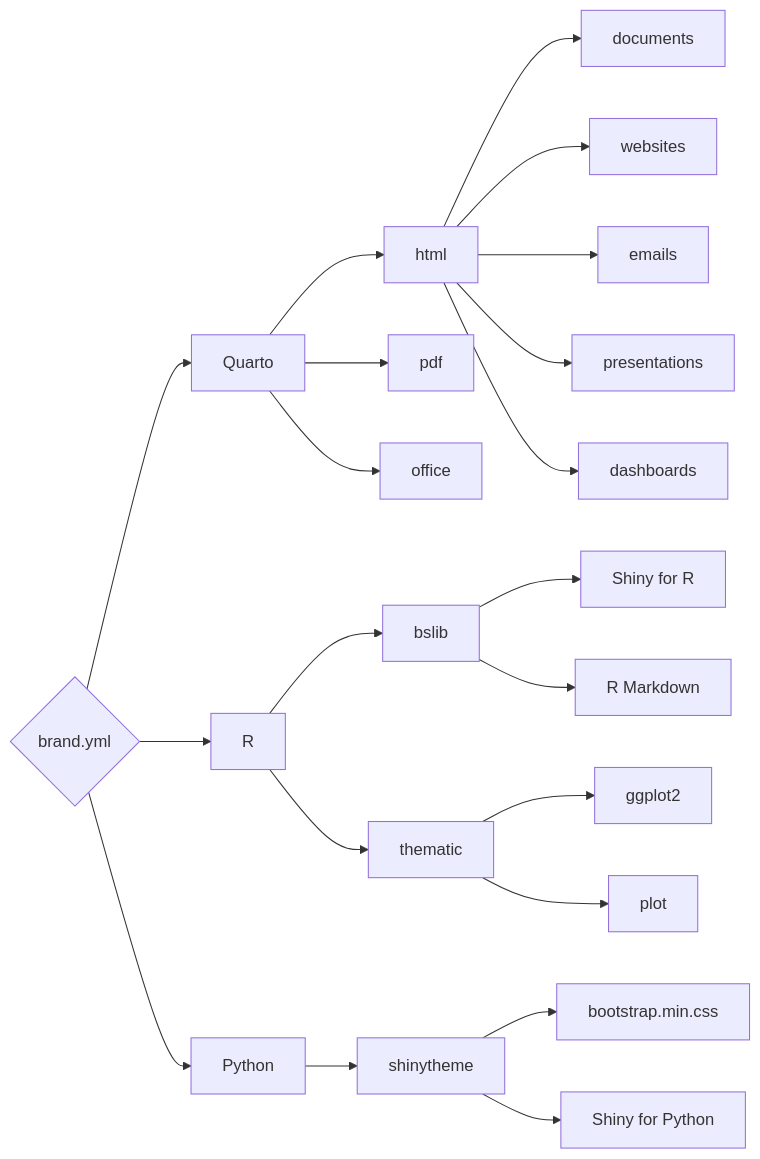
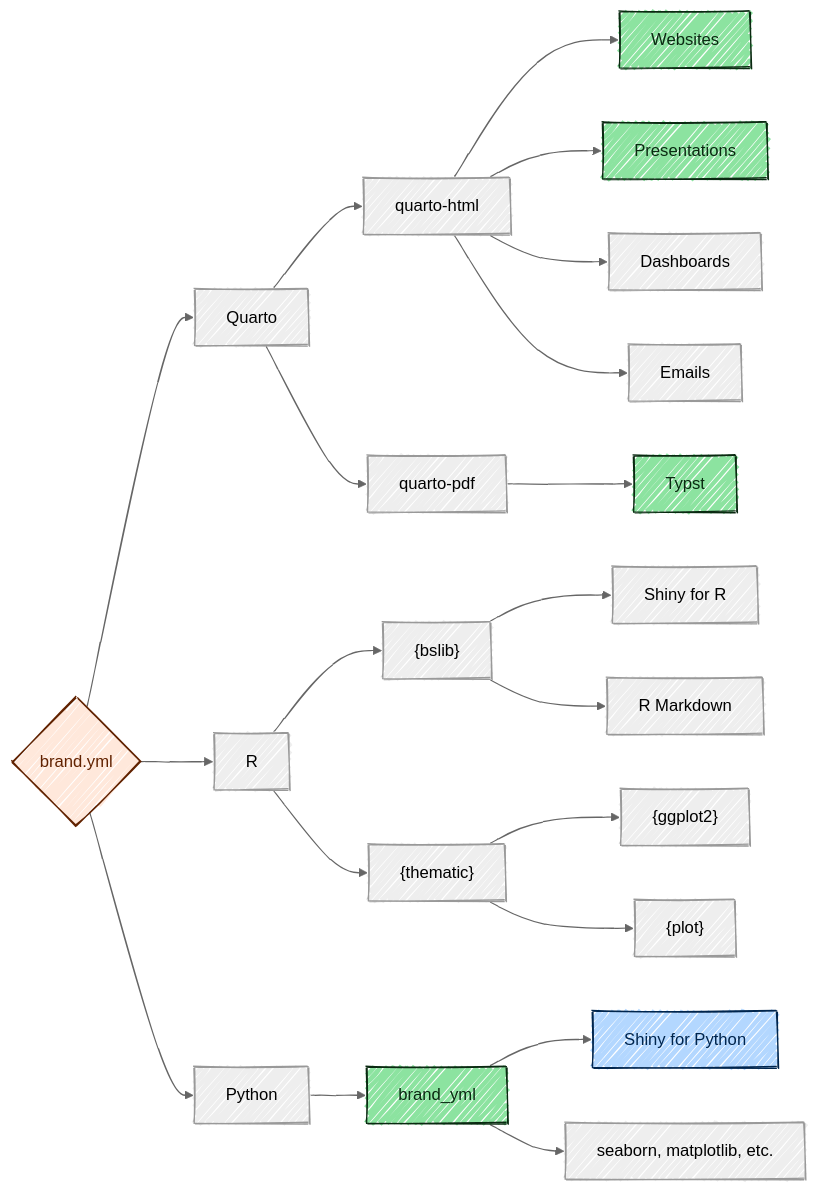
The diagram in docs/index.qmd (posit-dev/brand-yml), drawn with Mermaid before and after one commit. The commit also changed other lines of this file and 51 other files, not shown here.

````diff
--- a/docs/index.qmd
+++ b/docs/index.qmd
@@ -16,26 +26,49 @@
 ```{mermaid}
+---
+config:
+  look: handDrawn
+  theme: neutral
+---
 flowchart LR
     by{brand.yml}
-    by-->Quarto
-    Quarto-->html
-    Quarto-->pdf
-    Quarto-->office
-    html-->documents
-    html-->websites
-    html-->emails
-    html-->presentations
-    html-->dashboards
+    by-->quarto[Quarto]
+    quarto-->quarto-html
+    quarto-->quarto-pdf
+    quarto-html-->quarto-websites[Websites]
+    quarto-html-->quarto-presentations[Presentations]
+    quarto-html-->quarto-dashboards[Dashboards]
+    quarto-html-->quarto-emails[Emails]
+    quarto-pdf-->quarto-typst[Typst]
 
     by-->R
-    R-->bslib
-    R-->thematic
-    bslib-->shiny-r[Shiny for R]
-    bslib-->rmd[R Markdown]
-    thematic-->ggplot2
-    thematic-->plot
+    R-->r-bslib["{bslib}"]
+    R-->r-thematic["{thematic}"]
+    r-bslib-->r-shiny["Shiny for R"]
+    r-bslib-->r-rmd["R Markdown"]
+    r-thematic-->r-ggplot2["{ggplot2}"]
+    r-thematic-->r-plot["{plot}"]
 
     by-->Python
-    Python-->shinytheme
-    shinytheme-->bs[bootstrap.min.css]
-    shinytheme-->py[Shiny for Python]
+    Python-->py-brand_yml["brand_yml"]
+    py-brand_yml-->py-shiny[Shiny for Python]
+    py-brand_yml-->py-seaborn[seaborn, matplotlib, etc.]
+
+    classDef implemented fill:#8CE3A0,stroke:#0A2911,color:#0A2911;
+    class quarto-websites,quarto-presentations,quarto-typst,py-brand_yml implemented;
+    classDef in-progress fill:#B3D7FF,stroke:#00254D,color:#00254D;
+    class py-shiny in-progress;
+    classDef highlighted fill:#FFE8DB,stroke:#612200,color:#612200;
+    class by highlighted;
+
+    click quarto href "https://quarto.org/"
+    click quarto-typst href "https://quarto.org/docs/output-formats/typst.html" "Typst in Quarto"
+    click quarto-presentations href "https://quarto.org/docs/presentations/revealjs/" "Reveal.js in Quarto"
+    click quarto-dashboards href "https://quarto.org/docs/dashboards/" "Dashboards in Quarto"
+    click r-shiny href "https://shiny.posit.co/"
+    click r-bslib href "https://rstudio.github.io/bslib/"
+    click r-thematic href "https://rstudio.github.io/thematic/"
+    click r-ggplot2 href "https://ggplot2.tidyverse.org/"
+    click r-rmd href "https://rmarkdown.rstudio.com/"
+    click py-shiny href "https://shiny.posit.co/py/"
+    click py-brand_yml href "pkg/py/"
 ```
````
